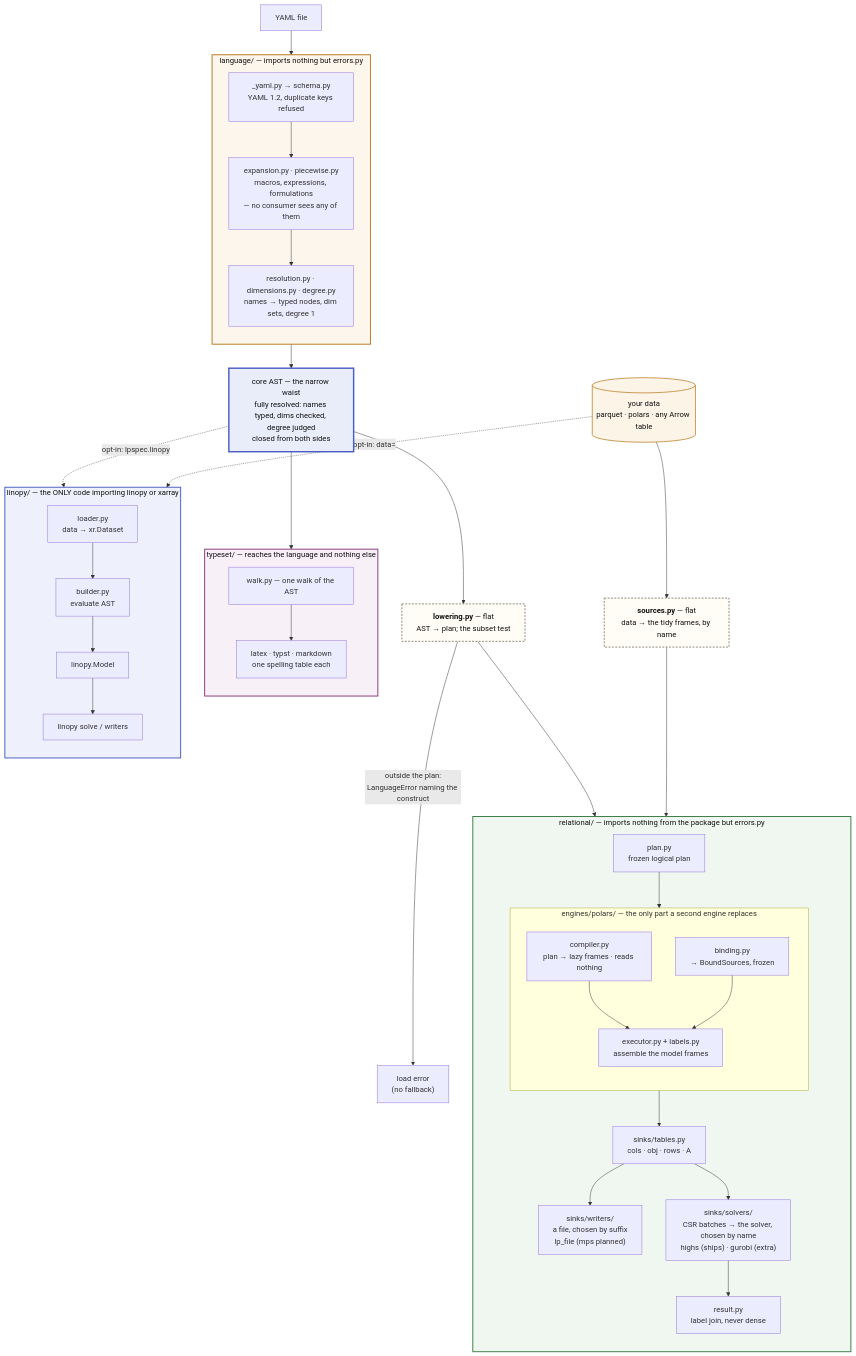
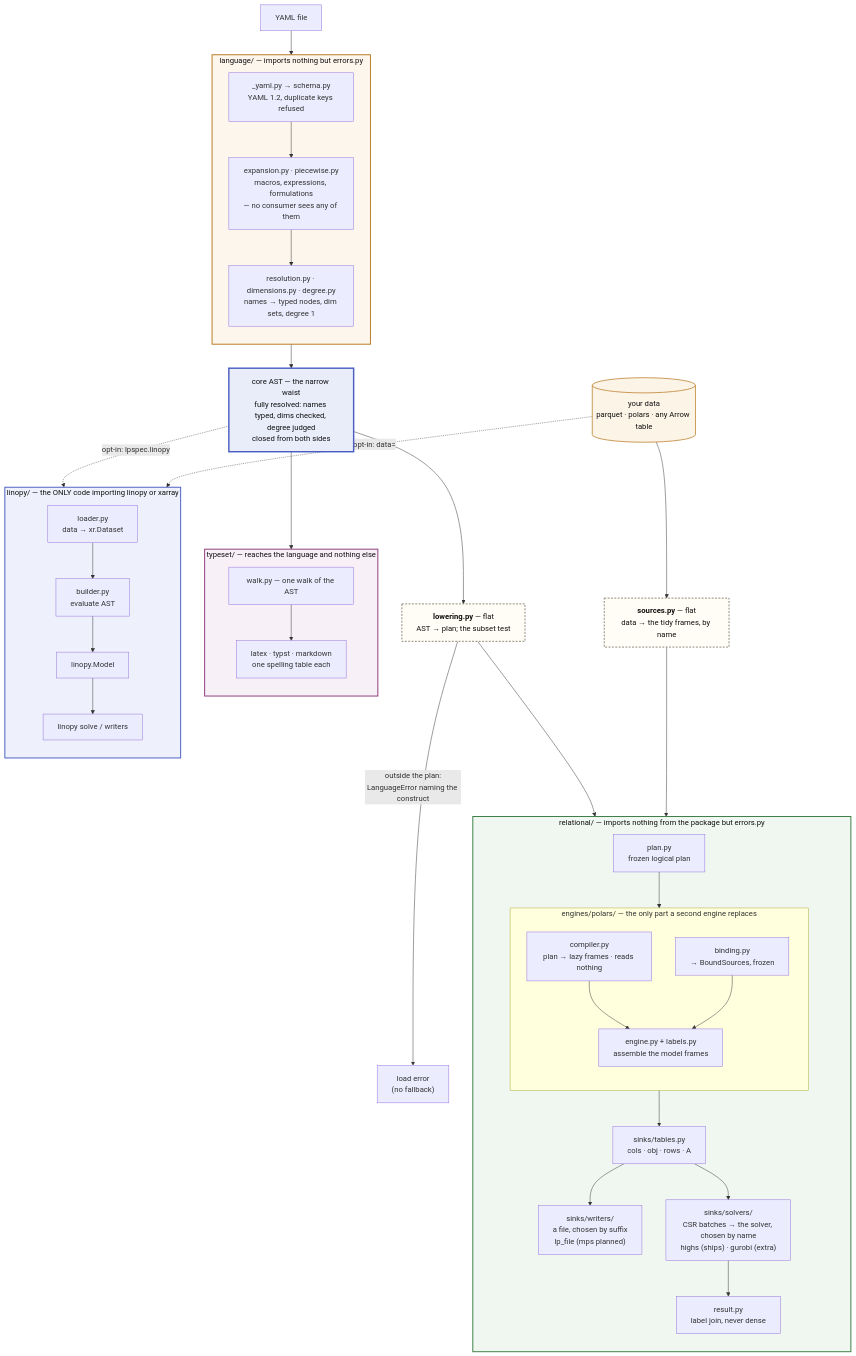
The first of 2 diagrams in docs/ARCHITECTURE.md (FBumann/linopy-yaml), drawn with Mermaid before and after one commit. The commit also changed other lines of this file and 33 other files, not shown here.

````diff
--- a/docs/ARCHITECTURE.md
+++ b/docs/ARCHITECTURE.md
@@ -47,67 +47,67 @@
 ```mermaid
 flowchart TB
     Y[YAML file] --> LANG
 
     subgraph LANG["language/ — imports nothing but errors.py"]
         direction TB
         SCHEMA["_yaml.py → schema.py<br/>YAML 1.2, duplicate keys refused"]
         SCHEMA --> EXPAND["expansion.py · piecewise.py<br/>macros, expressions, formulations<br/>— no consumer sees any of them"]
         EXPAND --> RESOLVE["resolution.py · dimensions.py · degree.py<br/>names → typed nodes, dim sets, degree 1"]
     end
 
     LANG --> AST["core AST — the narrow waist<br/>fully resolved: names typed, dims checked, degree judged<br/>closed from both sides"]
 
     AST --> LOWER
     AST --> WALK
     AST -.->|"opt-in: lpspec.linopy"| BUILD
 
     DATA[("your data<br/>parquet · polars · any Arrow table")] --> SRC
     DATA -.->|"opt-in: data="| LOAD
 
     LOWER["<b>lowering.py</b> — flat<br/>AST → plan; the subset test"]
     SRC["<b>sources.py</b> — flat<br/>data → the tidy frames, by name"]
 
     LOWER --> PLAN
     SRC --> BIND
     LOWER -->|"outside the plan:<br/>LanguageError naming the construct"| ERR["load error<br/>(no fallback)"]
 
     subgraph REL["relational/ — imports nothing from the package but errors.py"]
         direction TB
         PLAN["plan.py<br/>frozen logical plan"] --> ENG
         subgraph ENG["engines/polars/ — the only part a second engine replaces"]
             direction TB
-            COMP["compiler.py<br/>plan → lazy frames · reads nothing"] --> EXEC
-            BIND["binding.py<br/>→ BoundSources, frozen"] --> EXEC["executor.py + labels.py<br/>assemble the model frames"]
+            COMP["compiler.py<br/>plan → lazy frames · reads nothing"] --> ENGINE
+            BIND["binding.py<br/>→ BoundSources, frozen"] --> ENGINE["engine.py + labels.py<br/>assemble the model frames"]
         end
         ENG --> TABLES["sinks/tables.py<br/>cols · obj · rows · A"]
         TABLES --> LPS["sinks/writers/<br/>a file, chosen by suffix<br/>lp_file (mps planned)"]
         TABLES --> DIRECT["sinks/solvers/<br/>CSR batches → the solver, chosen by name<br/>highs (ships) · gurobi (extra)"]
         DIRECT --> SOL["result.py<br/>label join, never dense"]
     end
 
     subgraph TS["typeset/ — reaches the language and nothing else"]
         direction TB
         WALK["walk.py — one walk of the AST"] --> FMT["latex · typst · markdown<br/>one spelling table each"]
     end
 
     subgraph EAGER["linopy/ — the ONLY code importing linopy or xarray"]
         direction TB
         LOAD["loader.py<br/>data → xr.Dataset"] --> BUILD["builder.py<br/>evaluate AST"]
         BUILD --> MODEL[linopy.Model] --> SOLVE["linopy solve / writers"]
     end
 
     classDef laneL fill:#fdf6ec,stroke:#b7791f,stroke-width:2px,color:#111
     classDef laneR fill:#f0f7f0,stroke:#3a7d44,stroke-width:2px,color:#111
     classDef laneE fill:#eef1fb,stroke:#4a5fc1,stroke-width:2px,color:#111
     classDef laneT fill:#f7f0f7,stroke:#8b3a7d,stroke-width:2px,color:#111
     classDef waist fill:#e9edfa,stroke:#4a5fc1,stroke-width:3px,color:#111
     classDef flat fill:#fffdf5,stroke:#8a8578,stroke-width:2px,stroke-dasharray:4 3,color:#111
     classDef data fill:#fdf4e8,stroke:#b7791f,stroke-width:1.5px,color:#111
     class LANG laneL
     class REL laneR
     class EAGER laneE
     class TS laneT
     class AST waist
     class LOWER,SRC flat
     class DATA data
 ```
````
